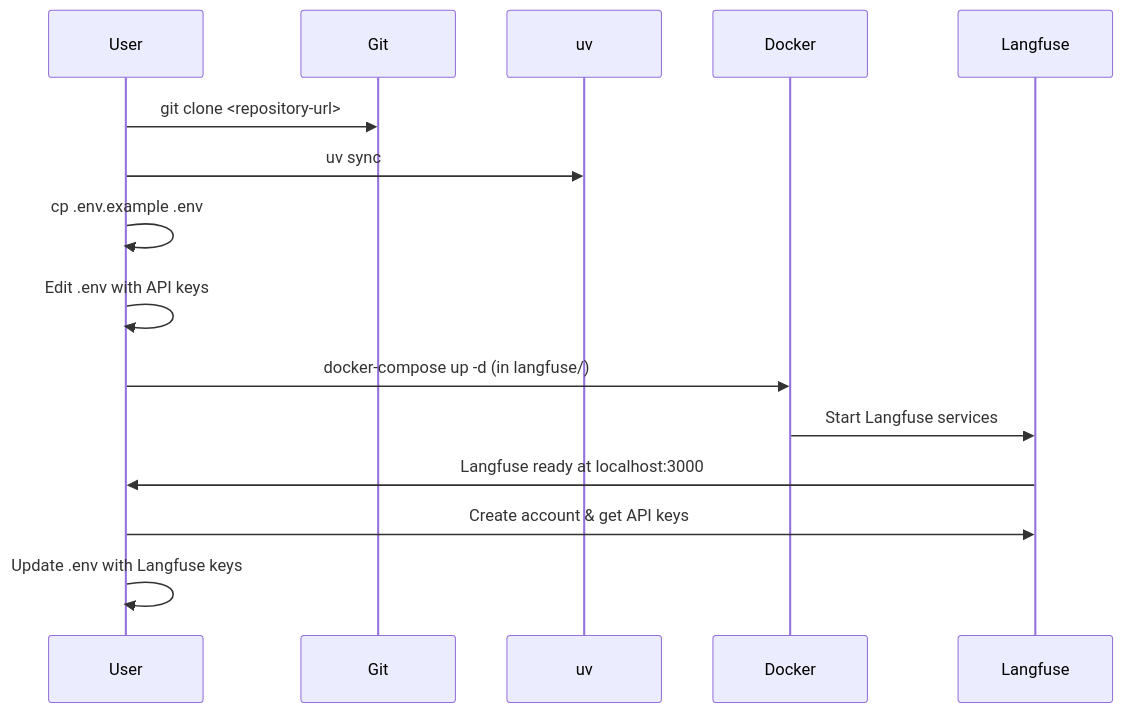
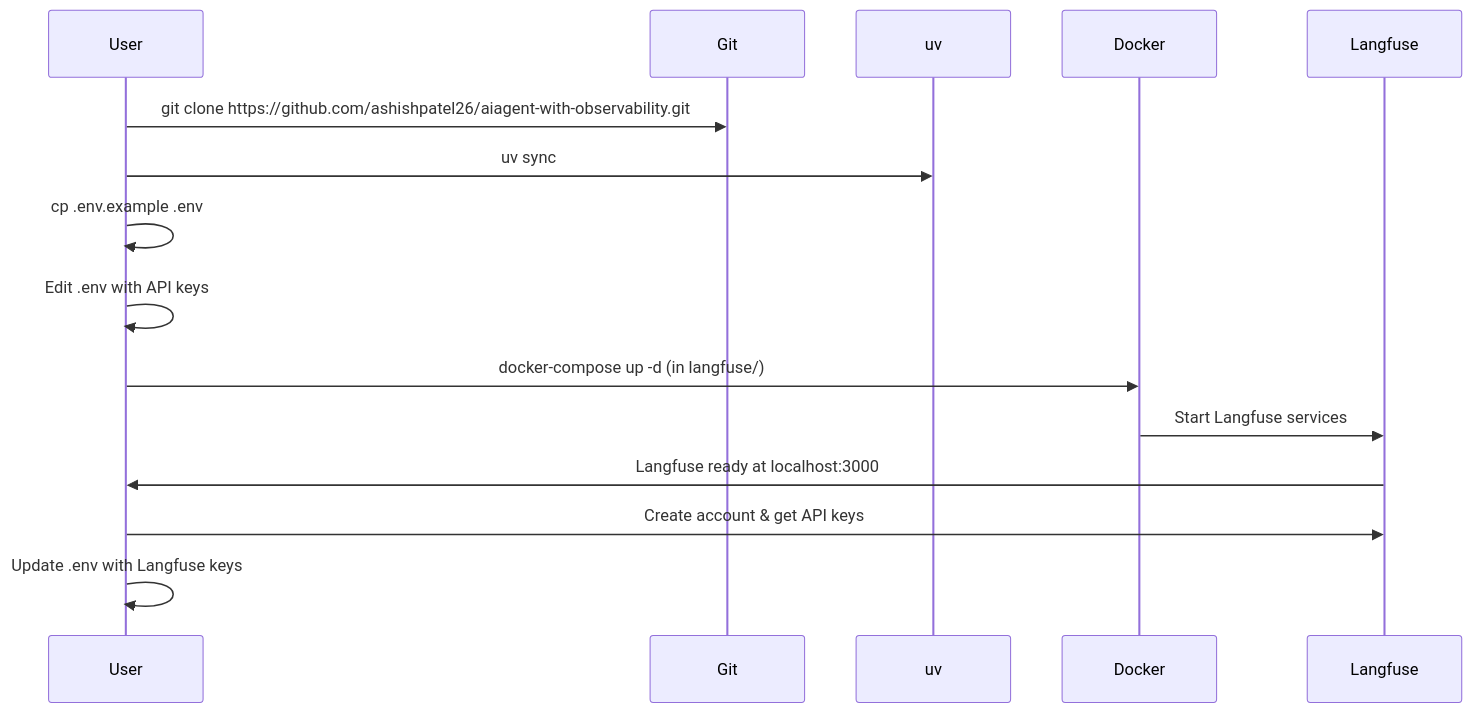
Before and after one commit to ashishpatel26/aiagent-with-observability: the first of 2 diagrams in README.md, drawn with Mermaid. The commit also changed other lines of this file, not shown here.

Commit message:
clone url added

````diff
--- a/README.md
+++ b/README.md
@@ -96,18 +96,18 @@
 ```mermaid
 sequenceDiagram
    participant User
    participant Git
    participant uv
    participant Docker
    participant Langfuse
 
-   User->>Git: git clone <repository-url>
+   User->>Git: git clone https://github.com/ashishpatel26/aiagent-with-observability.git
    User->>uv: uv sync
    User->>User: cp .env.example .env
    User->>User: Edit .env with API keys
    User->>Docker: docker-compose up -d (in langfuse/)
    Docker->>Langfuse: Start Langfuse services
    Langfuse->>User: Langfuse ready at localhost:3000
    User->>Langfuse: Create account & get API keys
    User->>User: Update .env with Langfuse keys
 ```
````
